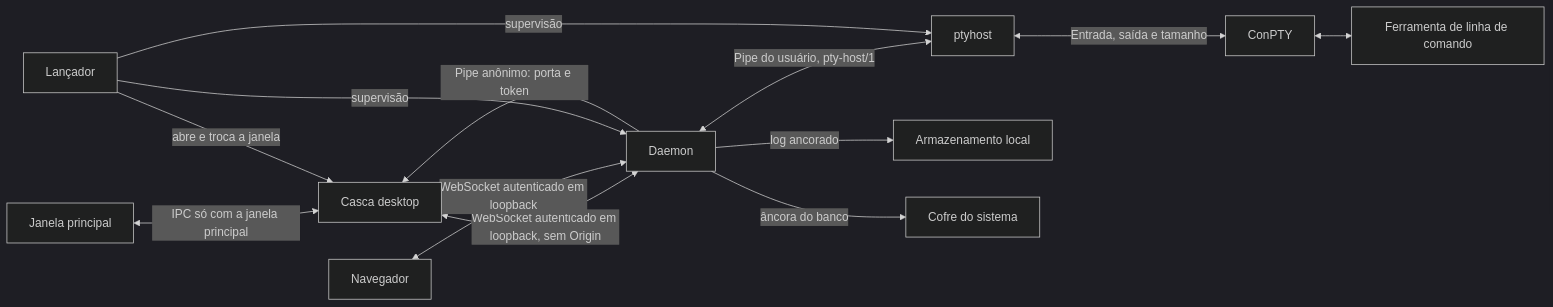
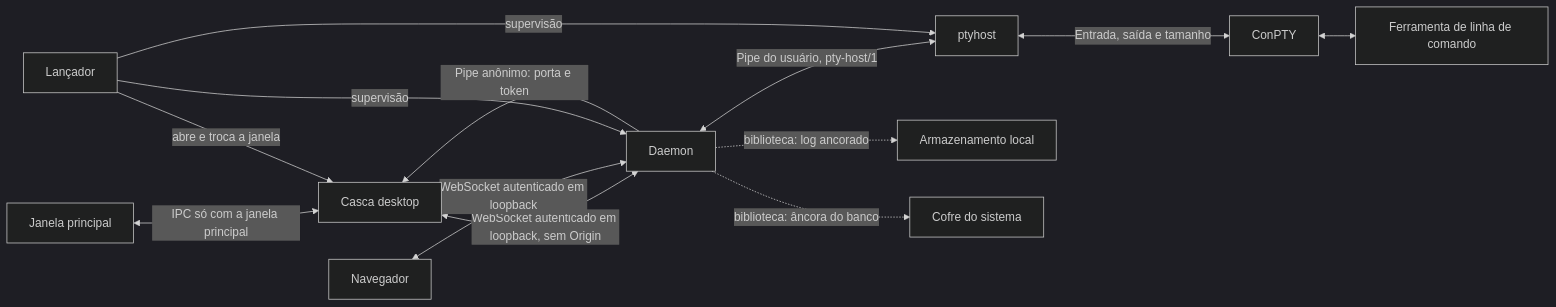
Before and after one commit to n33miaz/ai-develop-setup: the diagram in docs/architecture.md, drawn with Mermaid (dark theme). The commit also changed other lines of this file and 1 other file, not shown here.

Commit message:
docs(architecture): mark library-only storage path

````diff
--- a/docs/architecture.md
+++ b/docs/architecture.md
@@ -5,25 +5,25 @@
 ```mermaid
 flowchart LR
     Window["Janela principal"]
     Shell["Casca desktop"]
     Browser["Navegador"]
     Daemon["Daemon"]
     Host["ptyhost"]
     Terminal["ConPTY"]
     Tool["Ferramenta de linha de comando"]
     Launcher["Lançador"]
     Storage["Armazenamento local"]
     Vault["Cofre do sistema"]
     Window <-->|IPC só com a janela principal| Shell
     Daemon -->|Pipe anônimo: porta e token| Shell
     Shell <-->|WebSocket autenticado em loopback, sem Origin| Daemon
     Browser <-->|WebSocket autenticado em loopback| Daemon
     Daemon <-->|Pipe do usuário, pty-host/1| Host
     Host <-->|Entrada, saída e tamanho| Terminal
     Terminal <--> Tool
     Launcher -->|supervisão| Daemon
     Launcher -->|supervisão| Host
     Launcher -->|abre e troca a janela| Shell
-    Daemon -->|log ancorado| Storage
-    Daemon -->|âncora do banco| Vault
+    Daemon -.->|biblioteca: log ancorado| Storage
+    Daemon -.->|biblioteca: âncora do banco| Vault
 ```
````
